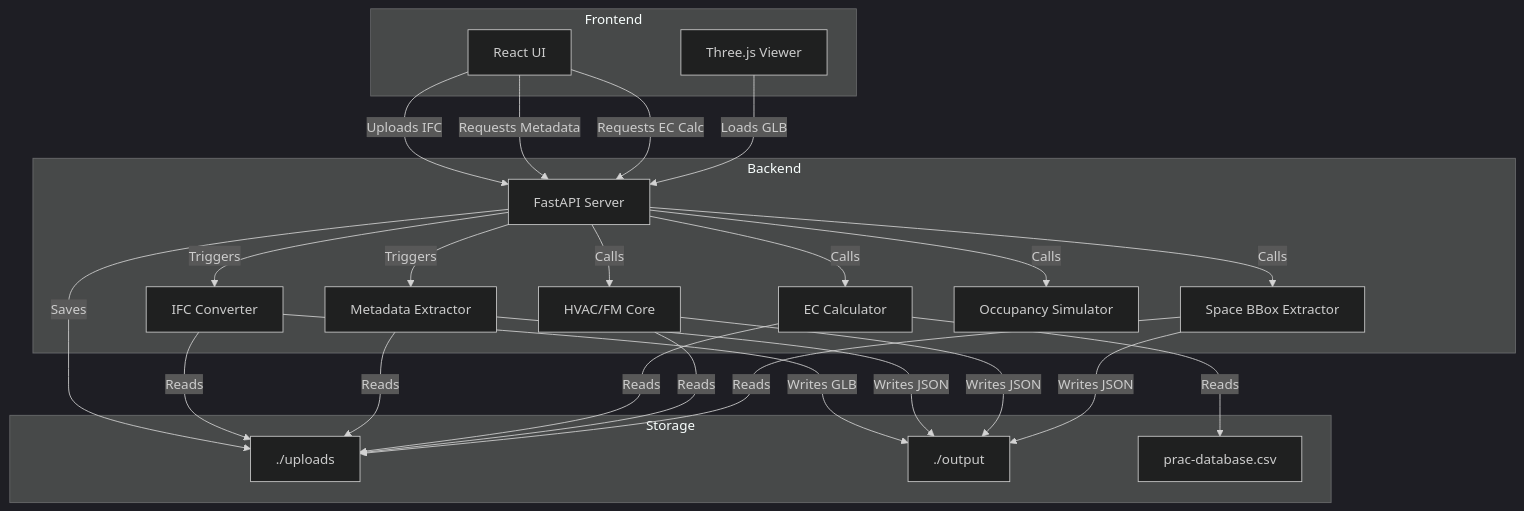
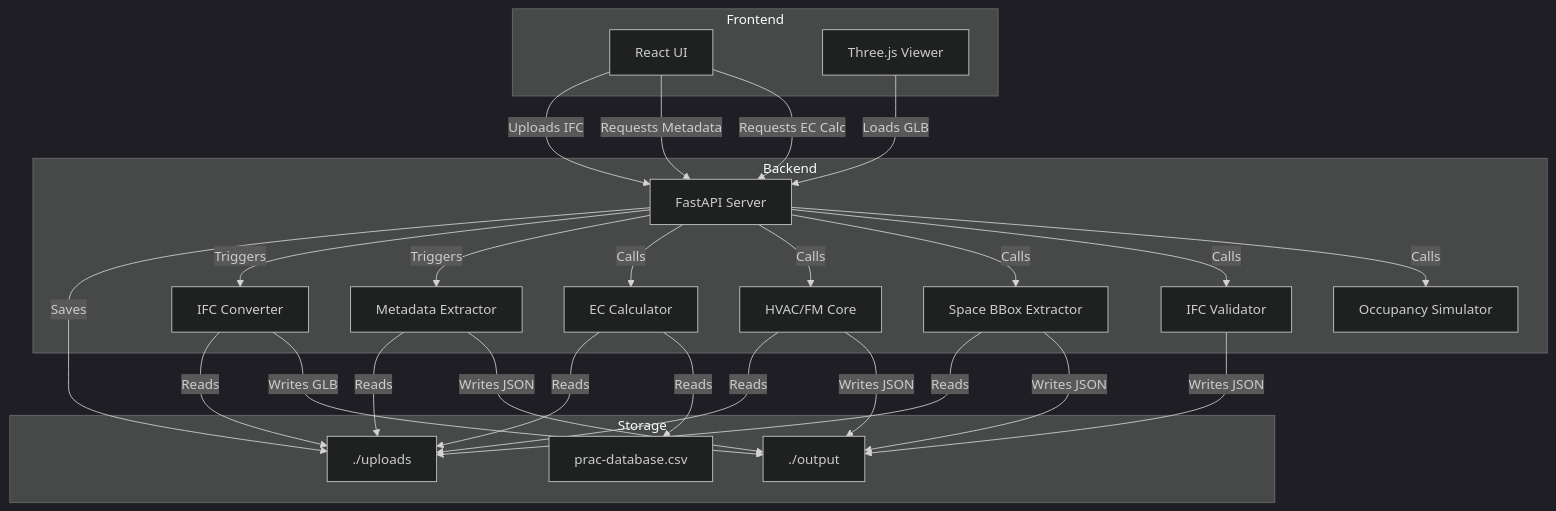
The second of 2 diagrams in ARCHITECTURE.md (Naveendinula/DigitalTwin), drawn with Mermaid (dark theme) before and after one commit. The commit also changed other lines of this file and 7 other files, not shown here.

````diff
--- a/ARCHITECTURE.md
+++ b/ARCHITECTURE.md
@@ -99,51 +108,55 @@
 ```mermaid
 graph TB
     subgraph Frontend
         UI["React UI"]
         Viewer["Three.js Viewer"]
     end
 
     subgraph Backend
         Server["FastAPI Server"]
         Converter["IFC Converter"]
         Extractor["Metadata Extractor"]
         ECCore["EC Calculator"]
         HvacCore["HVAC/FM Core"]
         SpaceBBox["Space BBox Extractor"]
+        Validator["IFC Validator"]
         OccSim["Occupancy Simulator"]
     end
 
     subgraph Storage
         Uploads["./uploads"]
         Outputs["./output"]
         ECDB["prac-database.csv"]
     end
 
     UI -->|Uploads IFC| Server
     UI -->|Requests Metadata| Server
     UI -->|Requests EC Calc| Server
     Viewer -->|Loads GLB| Server
 
     Server -->|Saves| Uploads
     Server -->|Triggers| Converter
     Server -->|Triggers| Extractor
     Server -->|Calls| ECCore
     Server -->|Calls| HvacCore
     Server -->|Calls| SpaceBBox
+    Server -->|Calls| Validator
     Server -->|Calls| OccSim
 
     Converter -->|Reads| Uploads
     Converter -->|Writes GLB| Outputs
 
     Extractor -->|Reads| Uploads
     Extractor -->|Writes JSON| Outputs
 
     ECCore -->|Reads| Uploads
     ECCore -->|Reads| ECDB
 
     HvacCore -->|Reads| Uploads
     HvacCore -->|Writes JSON| Outputs
 
     SpaceBBox -->|Reads| Uploads
     SpaceBBox -->|Writes JSON| Outputs
+
+    Validator -->|Writes JSON| Outputs
 ```
````
